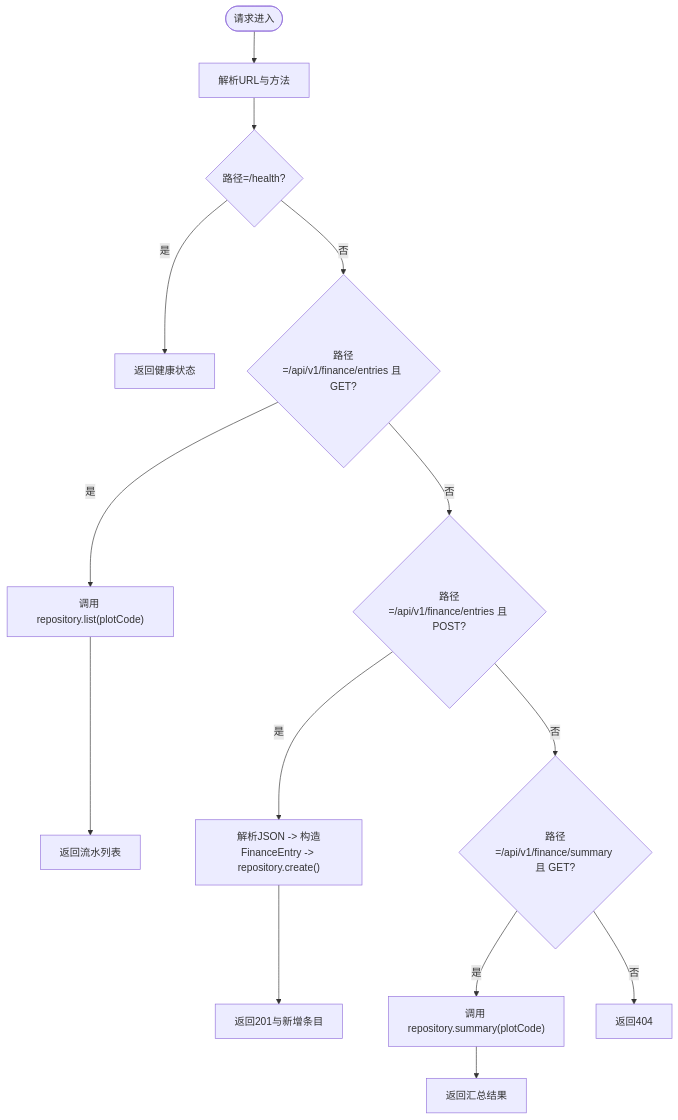
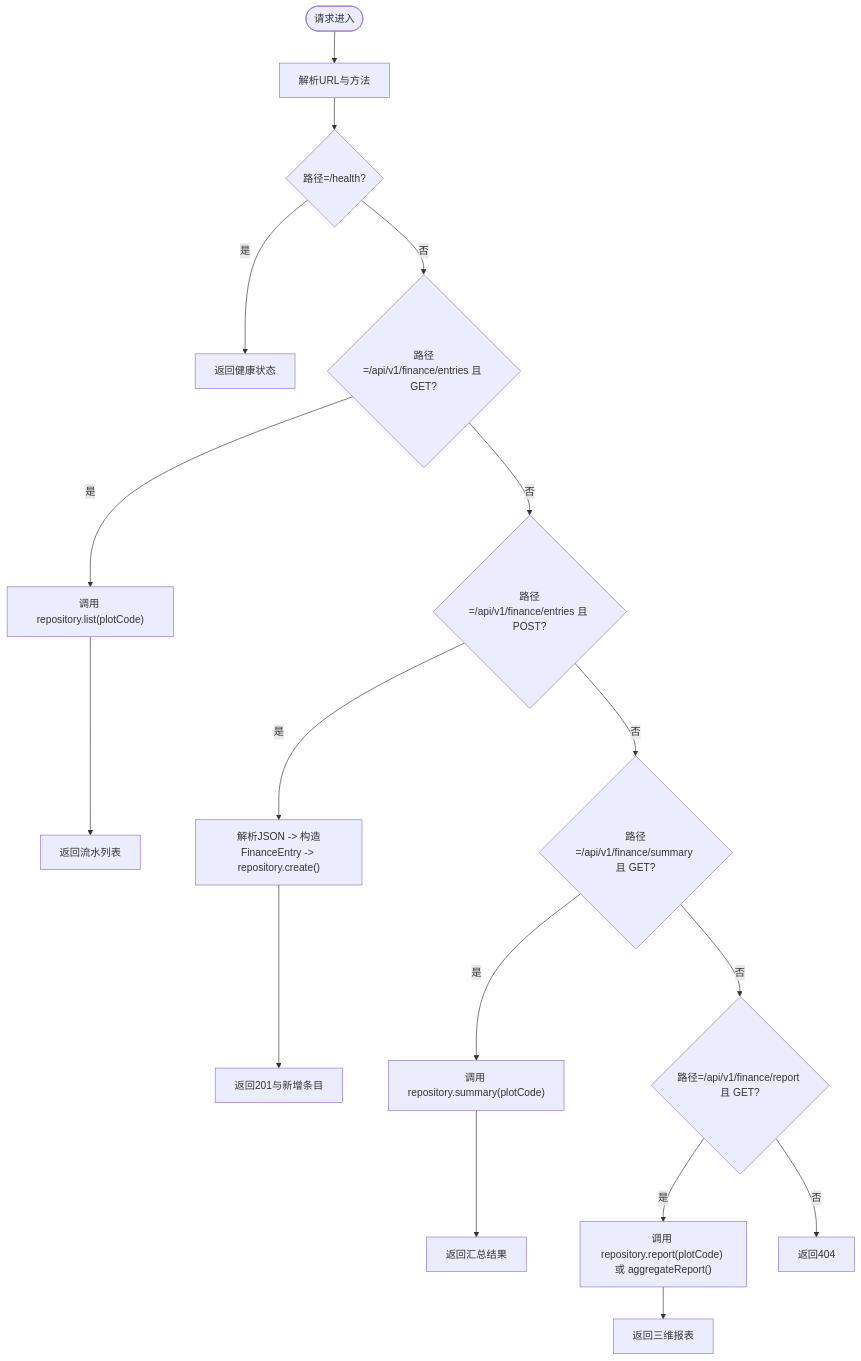
One commit to q446328246/agri-platform changed the fourth of 11 diagrams in .qoder/repowiki/zh/content/核心服务文档/财务管理服务.md. Above: the diagram before and after it, drawn with Mermaid. The commit also changed other lines of this file and 52 other files, not shown here.

````diff
--- a/.qoder/repowiki/zh/content/核心服务文档/财务管理服务.md
+++ b/.qoder/repowiki/zh/content/核心服务文档/财务管理服务.md
@@ -164,16 +205,19 @@
 ```mermaid
 flowchart TD
 Start(["请求进入"]) --> Parse["解析URL与方法"]
 Parse --> Health{"路径=/health?"}
 Health --> |是| HealthResp["返回健康状态"]
 Health --> |否| EntriesList{"路径=/api/v1/finance/entries 且 GET?"}
 EntriesList --> |是| List["调用 repository.list(plotCode)"]
 List --> ReturnList["返回流水列表"]
 EntriesList --> |否| EntriesCreate{"路径=/api/v1/finance/entries 且 POST?"}
 EntriesCreate --> |是| Create["解析JSON -> 构造FinanceEntry -> repository.create()"]
 Create --> ReturnCreated["返回201与新增条目"]
 EntriesCreate --> |否| Summary{"路径=/api/v1/finance/summary 且 GET?"}
 Summary --> |是| Sum["调用 repository.summary(plotCode)"]
 Sum --> ReturnSum["返回汇总结果"]
-Summary --> |否| NotFound["返回404"]
+Summary --> |否| Report{"路径=/api/v1/finance/report 且 GET?"}
+Report --> |是| ReportCall["调用 repository.report(plotCode) 或 aggregateReport()"]
+ReportCall --> ReturnReport["返回三维报表"]
+Report --> |否| NotFound["返回404"]
 ```
````
